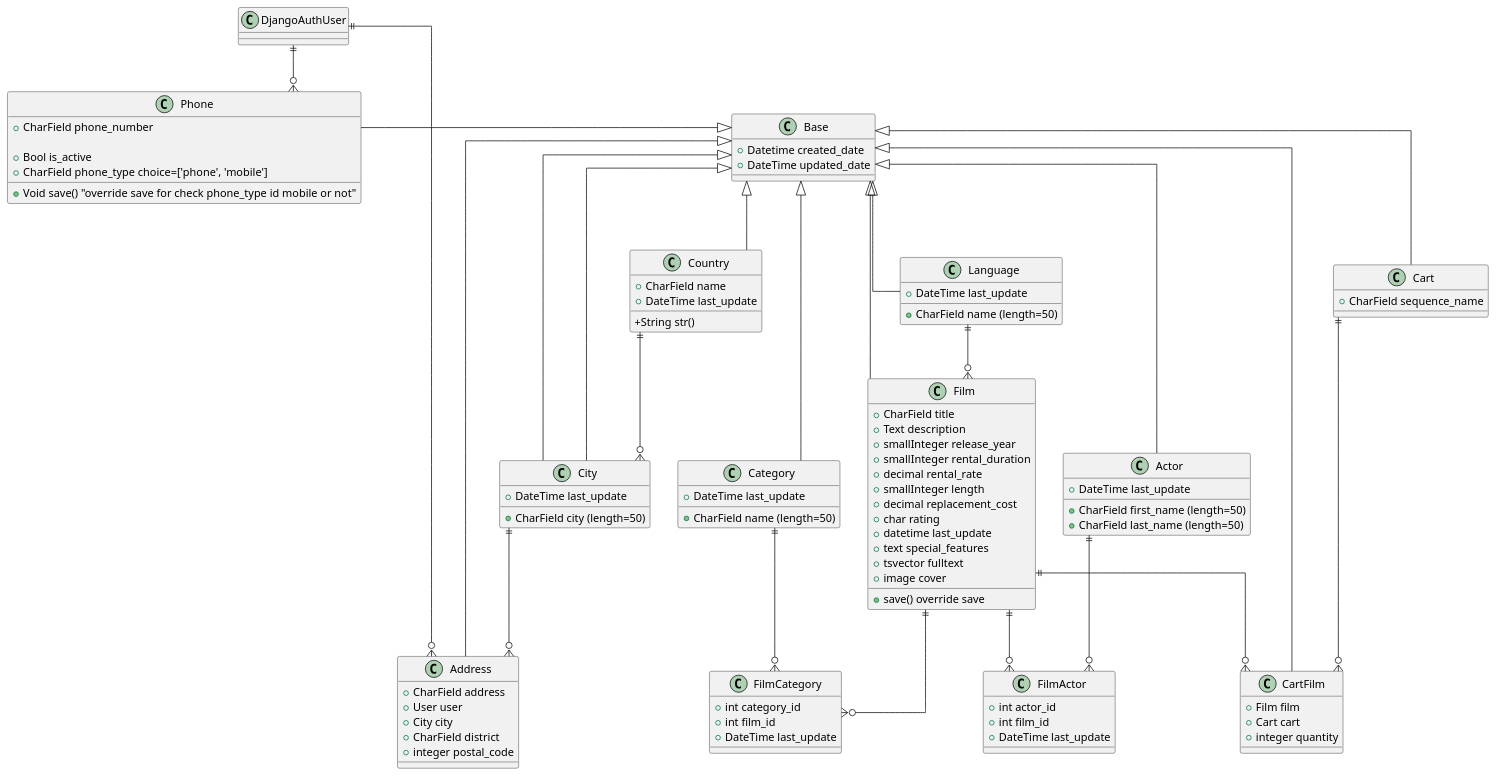
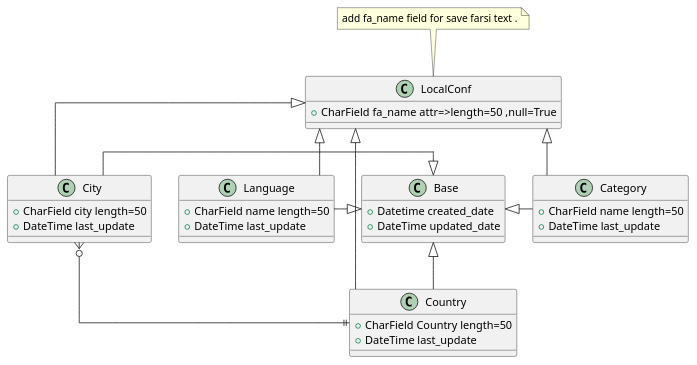
One commit to mehdi1361/orm changed the diagram in uml/main_scehma.puml. Above: the diagram before and after it, drawn with PlantUML. The commit also changed 446 other files, not shown here.

```diff
--- a/uml/main_scehma.puml
+++ b/uml/main_scehma.puml
@@ -1,117 +1,42 @@
 @startuml
 skinparam linetype ortho
 class Base {
   +Datetime created_date
   +DateTime updated_date
 }
+class LocalConf {
+  +CharField fa_name attr=>length=50 ,null=True
+}
 
+note top of LocalConf : add fa_name field for save farsi text .
+class Country {
+   +CharField Country length=50
+   +DateTime last_update
+}
 class Category {
-   +CharField name (length=50)
+   +CharField name length=50
+   +DateTime last_update
+}
+class Language {
+   +CharField name length=50
+   +DateTime last_update
+}
+class City {
+   +CharField city length=50
    +DateTime last_update
 }
 
-class Language {
-   +CharField name (length=50)
-   +DateTime last_update
-}
+Base <|-right-Country
+LocalConf <|--Country
 
-class Country {
-   +CharField name
-   +DateTime last_update
-   ‍+String str()
-}
-class City {
-   +CharField city (length=50)
-   +DateTime last_update
-}
-class Film {
-   +CharField title
-   +Text description
-   +smallInteger release_year
-   +smallInteger rental_duration
-   +decimal rental_rate
-   +smallInteger length
-   +decimal replacement_cost
-   +char rating
-   +datetime last_update
-   +text special_features
-   +tsvector fulltext
-   +image cover
-   +save() override save
-}
-class Actor {
-   +CharField first_name (length=50)
-   +CharField last_name (length=50)
-   +DateTime last_update
-}
-class FilmActor {
-   +int actor_id
-   +int film_id
-   +DateTime last_update
-}
-class FilmCategory {
-   +int category_id
-   +int film_id
-   +DateTime last_update
-}
-class Cart {
-   +CharField sequence_name
-}
+Base <|-right-Category
+LocalConf <|--Category
 
-class CartFilm {
-   +Film film
-   +Cart cart
-   +integer quantity
-}
-class Phone {
-  +CharField phone_number
+Base <|-left- Language
+LocalConf <|-- Language
 
-  +Bool is_active
-  +CharField phone_type choice=['phone', 'mobile']
-  +Void save() "override save for check phone_type id mobile or not"
-}
-
-
-
-class DjangoAuthUser {
-
-}
-
-
-class Address {
-  +CharField address
-  +User user
-  +City city
-  +CharField district
-  +integer postal_code
-}
-
-
-Base <|-left-City
-Base <|-down-Address
-City||--o{ Address
-DjangoAuthUser||--o{ Address
-Base <|-left-Phone
-DjangoAuthUser||--o{ Phone
-class Category extends Base
-class Language extends Base
-class Country extends Base
-class City extends Base
-class Film extends Base
-class Actor extends Base
-class Cart extends Base
-class CartFilm extends Base
-
+Base <|-left- City
+LocalConf <|-- City
 
 Country ||--o{ City
-Language ||--o{ Film
-Film ||--o{ FilmActor
-Actor ||--o{ FilmActor
-Film ||--o{ FilmCategory
-Category ||--o{ FilmCategory
-
-Film ||--o{ CartFilm
-Cart ||--o{ CartFilm
-
-
 @enduml
```
